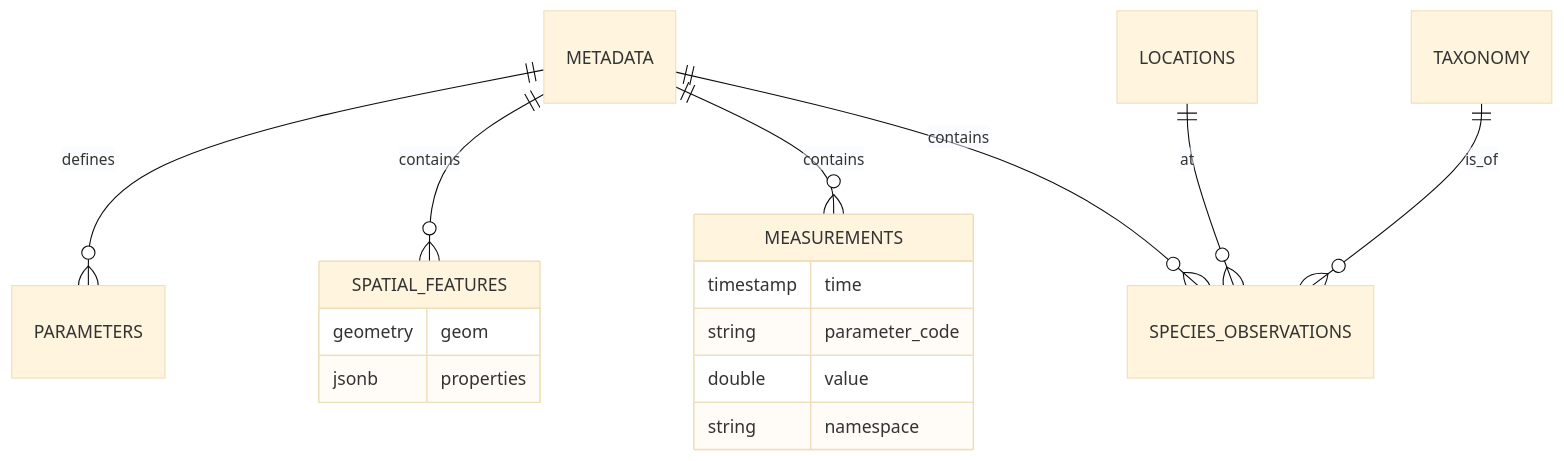
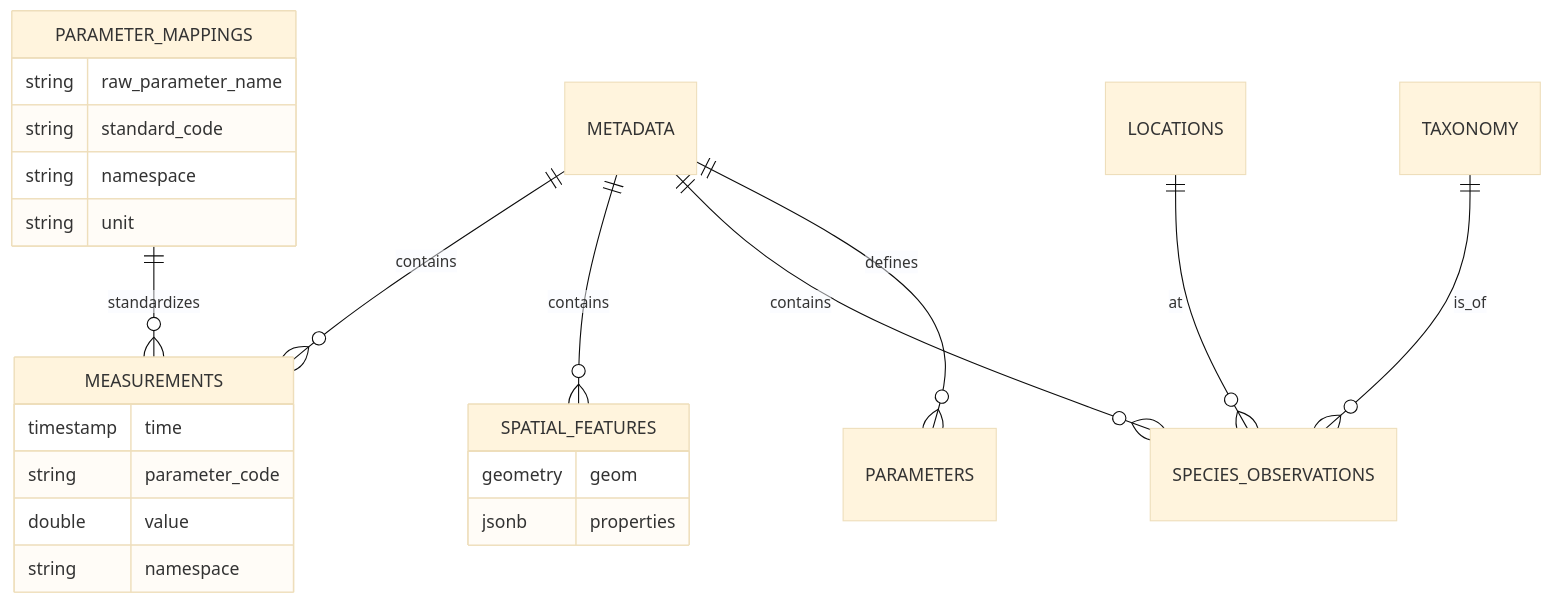
The diagram in docs/database_schema.md (botheredbybees/huon-channel-marine-analytics), drawn with Mermaid (base theme) before and after one commit. The commit also changed other lines of this file, not shown here.

Commit message:
Update database schema docs with parameter_mappings table DDL

````diff
--- a/docs/database_schema.md
+++ b/docs/database_schema.md
@@ -94,22 +359,31 @@
 ```mermaid
 erDiagram
     METADATA ||--o{ MEASUREMENTS : contains
     METADATA ||--o{ SPATIAL_FEATURES : contains
     METADATA ||--o{ SPECIES_OBSERVATIONS : contains
     METADATA ||--o{ PARAMETERS : defines
 
     LOCATIONS ||--o{ SPECIES_OBSERVATIONS : at
     TAXONOMY ||--o{ SPECIES_OBSERVATIONS : is_of
+    
+    PARAMETER_MAPPINGS ||--o{ MEASUREMENTS : standardizes
 
     MEASUREMENTS {
         timestamp time
         string parameter_code
         double value
         string namespace
     }
     
     SPATIAL_FEATURES {
         geometry geom
         jsonb properties
     }
+    
+    PARAMETER_MAPPINGS {
+        string raw_parameter_name
+        string standard_code
+        string namespace
+        string unit
+    }
 ```
````
